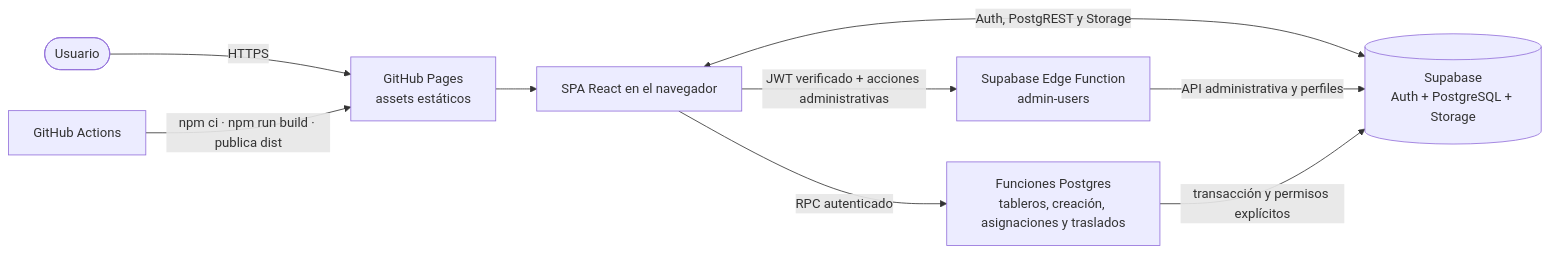
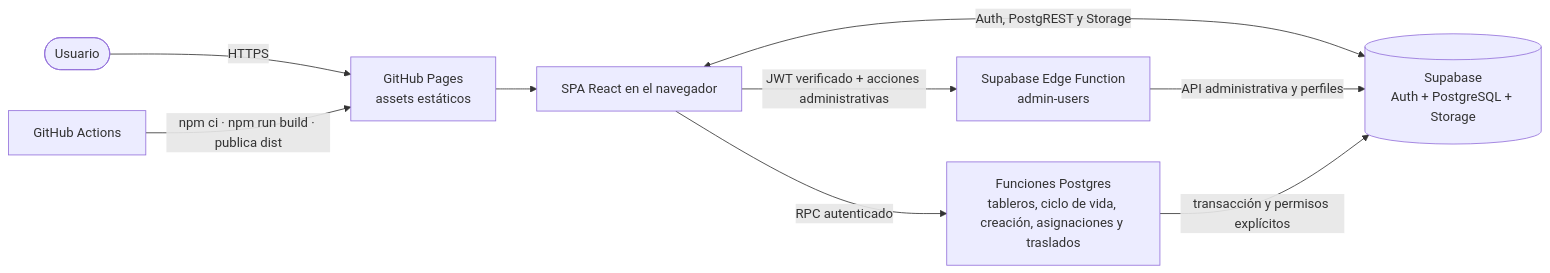
One commit to furthurr/dashboardFurthurr changed the diagram in .architecture/README.md. Above: the diagram before and after it, drawn with Mermaid. The commit also changed other lines of this file and 20 other files, not shown here.

First line of the commit message:
docs: documentar el ciclo de vida de los tableros

````diff
--- a/.architecture/README.md
+++ b/.architecture/README.md
@@ -28,11 +31,11 @@
 ```mermaid
 flowchart LR
   user([Usuario]) -->|HTTPS| pages[GitHub Pages<br/>assets estáticos]
   pages --> browser[SPA React en el navegador]
   browser <-->|Auth, PostgREST y Storage| supabase[(Supabase<br/>Auth + PostgreSQL + Storage)]
   browser -->|JWT verificado + acciones administrativas| edge[Supabase Edge Function<br/>admin-users]
   edge -->|API administrativa y perfiles| supabase
-  browser -->|RPC autenticado| rpc[Funciones Postgres<br/>tableros, creación, asignaciones y traslados]
+  browser -->|RPC autenticado| rpc[Funciones Postgres<br/>tableros, ciclo de vida, creación, asignaciones y traslados]
   rpc -->|transacción y permisos explícitos| supabase
   actions[GitHub Actions] -->|npm ci · npm run build · publica dist| pages
 ```
````
